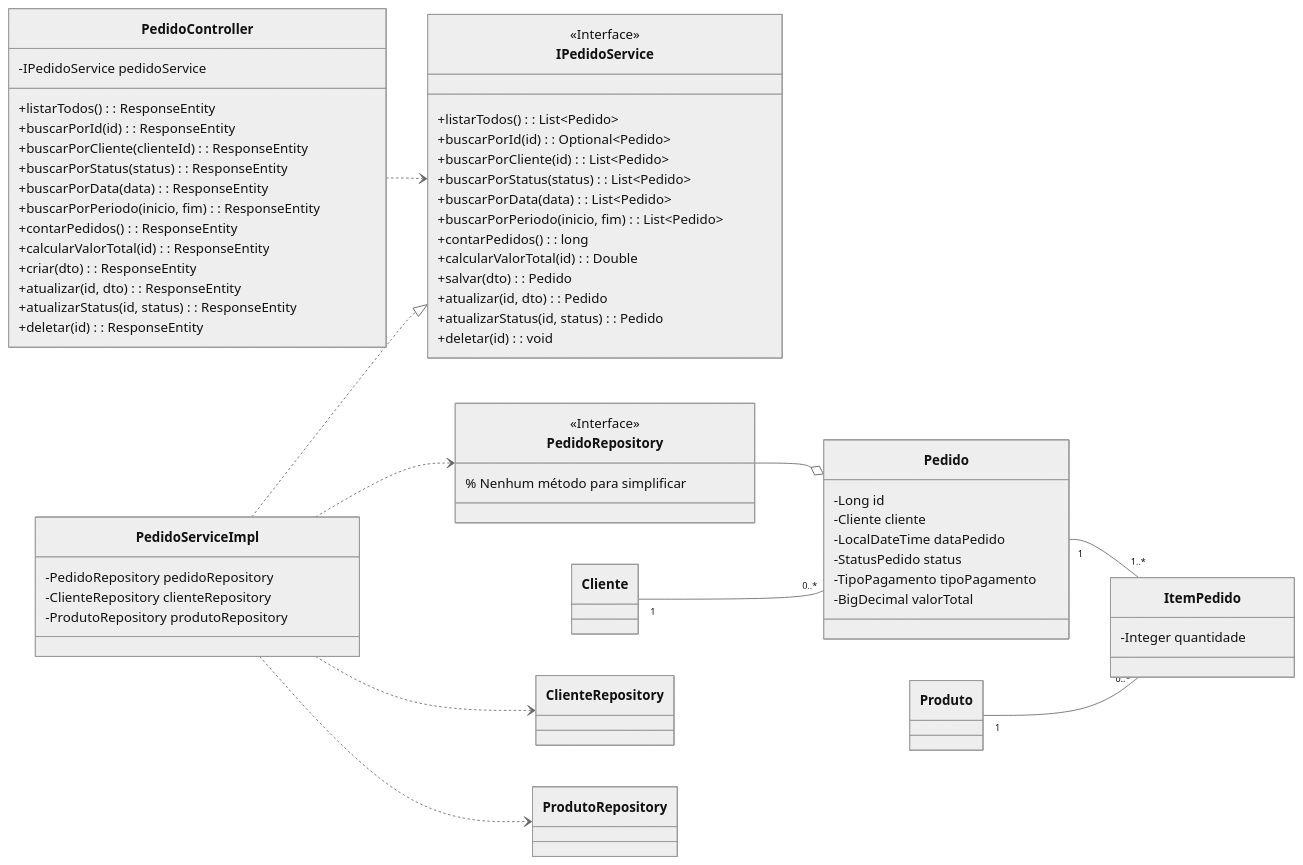
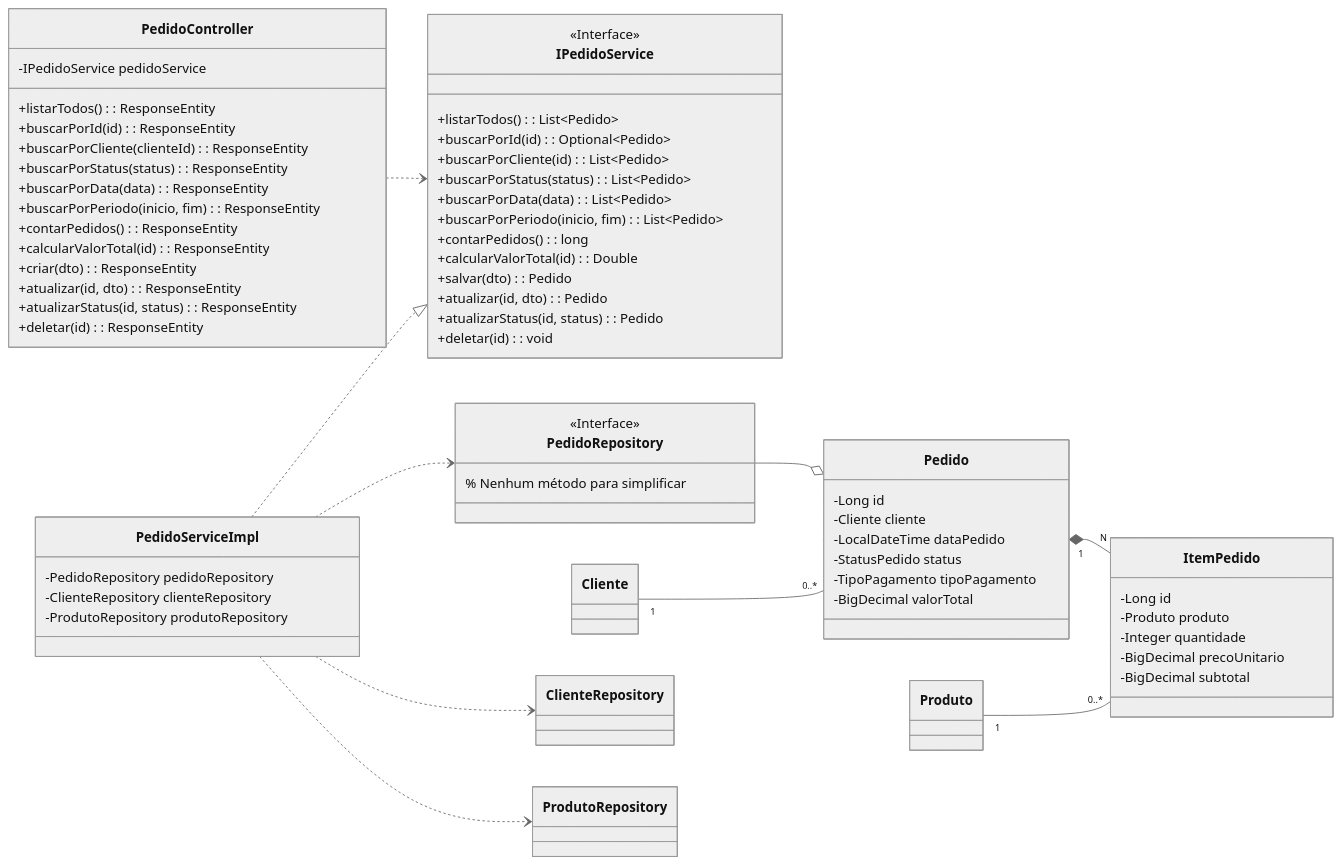
One commit to iagobrdev/orders-bootcamp changed the seventh of 8 diagrams in DESENHO_ARQUITETURAL.md. Above: the diagram before and after it, drawn with Mermaid (neutral theme).

Commit message:
desenho arquitetura

````diff
--- a/DESENHO_ARQUITETURAL.md
+++ b/DESENHO_ARQUITETURAL.md
@@ -328,74 +328,78 @@
 ```mermaid
 classDiagram
     direction LR
     
     class PedidoController {
         -IPedidoService pedidoService
         +listarTodos() : ResponseEntity
         +buscarPorId(id) : ResponseEntity
         +buscarPorCliente(clienteId) : ResponseEntity
         +buscarPorStatus(status) : ResponseEntity
         +buscarPorData(data) : ResponseEntity
         +buscarPorPeriodo(inicio, fim) : ResponseEntity
         +contarPedidos() : ResponseEntity
         +calcularValorTotal(id) : ResponseEntity
         +criar(dto) : ResponseEntity
         +atualizar(id, dto) : ResponseEntity
         +atualizarStatus(id, status) : ResponseEntity
         +deletar(id) : ResponseEntity
     }
 
     class IPedidoService {
         +listarTodos() : List~Pedido~
         +buscarPorId(id) : Optional~Pedido~
         +buscarPorCliente(id) : List~Pedido~
         +buscarPorStatus(status) : List~Pedido~
         +buscarPorData(data) : List~Pedido~
         +buscarPorPeriodo(inicio, fim) : List~Pedido~
         +contarPedidos() : long
         +calcularValorTotal(id) : Double
         +salvar(dto) : Pedido
         +atualizar(id, dto) : Pedido
         +atualizarStatus(id, status) : Pedido
         +deletar(id) : void
     }
     <<Interface>> IPedidoService
 
     class PedidoServiceImpl {
         -PedidoRepository pedidoRepository
         -ClienteRepository clienteRepository
         -ProdutoRepository produtoRepository
     }
     
     class PedidoRepository {
         % Nenhum método para simplificar
     }
     <<Interface>> PedidoRepository
     
     class Pedido {
         -Long id
         -Cliente cliente
         -LocalDateTime dataPedido
         -StatusPedido status
         -TipoPagamento tipoPagamento
         -BigDecimal valorTotal
     }
     
     class ItemPedido {
+        -Long id
+        -Produto produto
         -Integer quantidade
+        -BigDecimal precoUnitario
+        -BigDecimal subtotal
     }
 
     class Cliente
     class Produto
 
     PedidoController ..> IPedidoService
     PedidoServiceImpl ..|> IPedidoService
     PedidoServiceImpl ..> PedidoRepository
     PedidoServiceImpl ..> ClienteRepository
     PedidoServiceImpl ..> ProdutoRepository
     
     PedidoRepository --o Pedido
-    Pedido "1" -- "1..*" ItemPedido
+    Pedido "1" *-- "N" ItemPedido
     Cliente "1" -- "0..*" Pedido
     Produto "1" -- "0..*" ItemPedido
 ```
````
